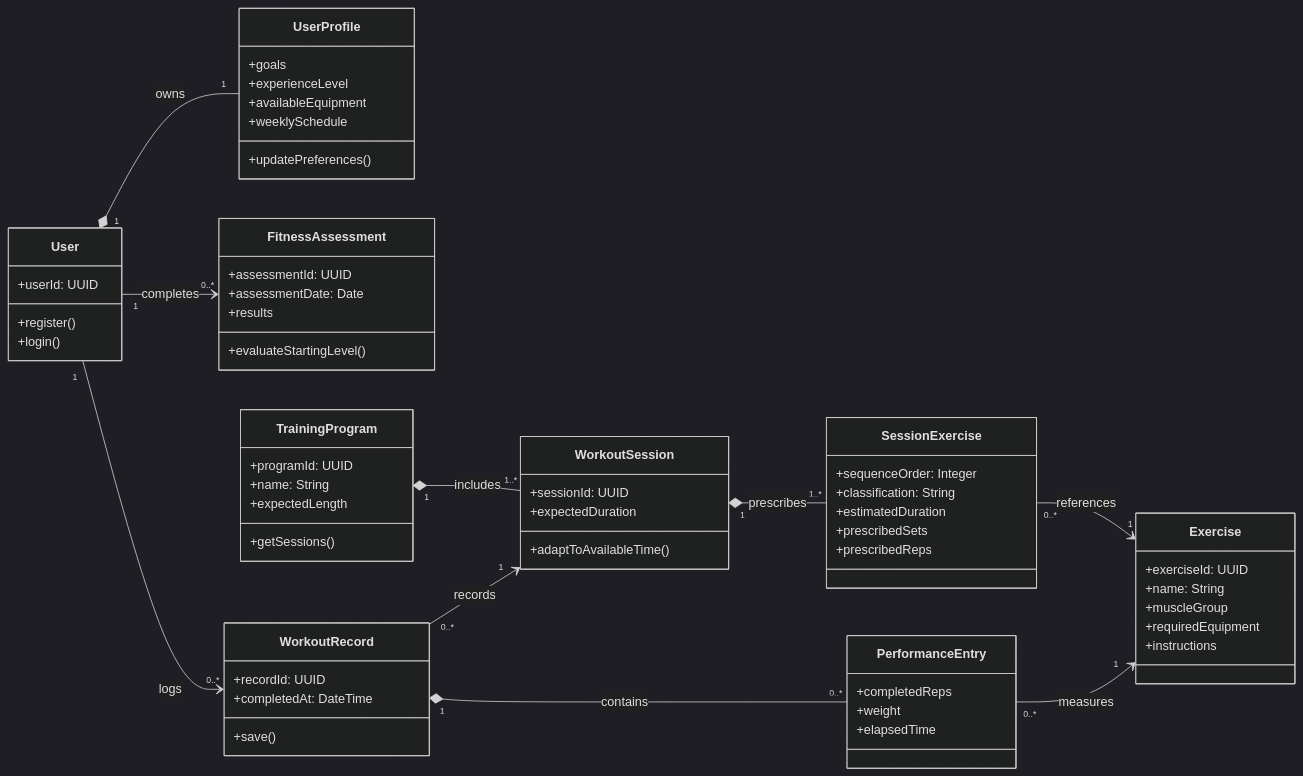
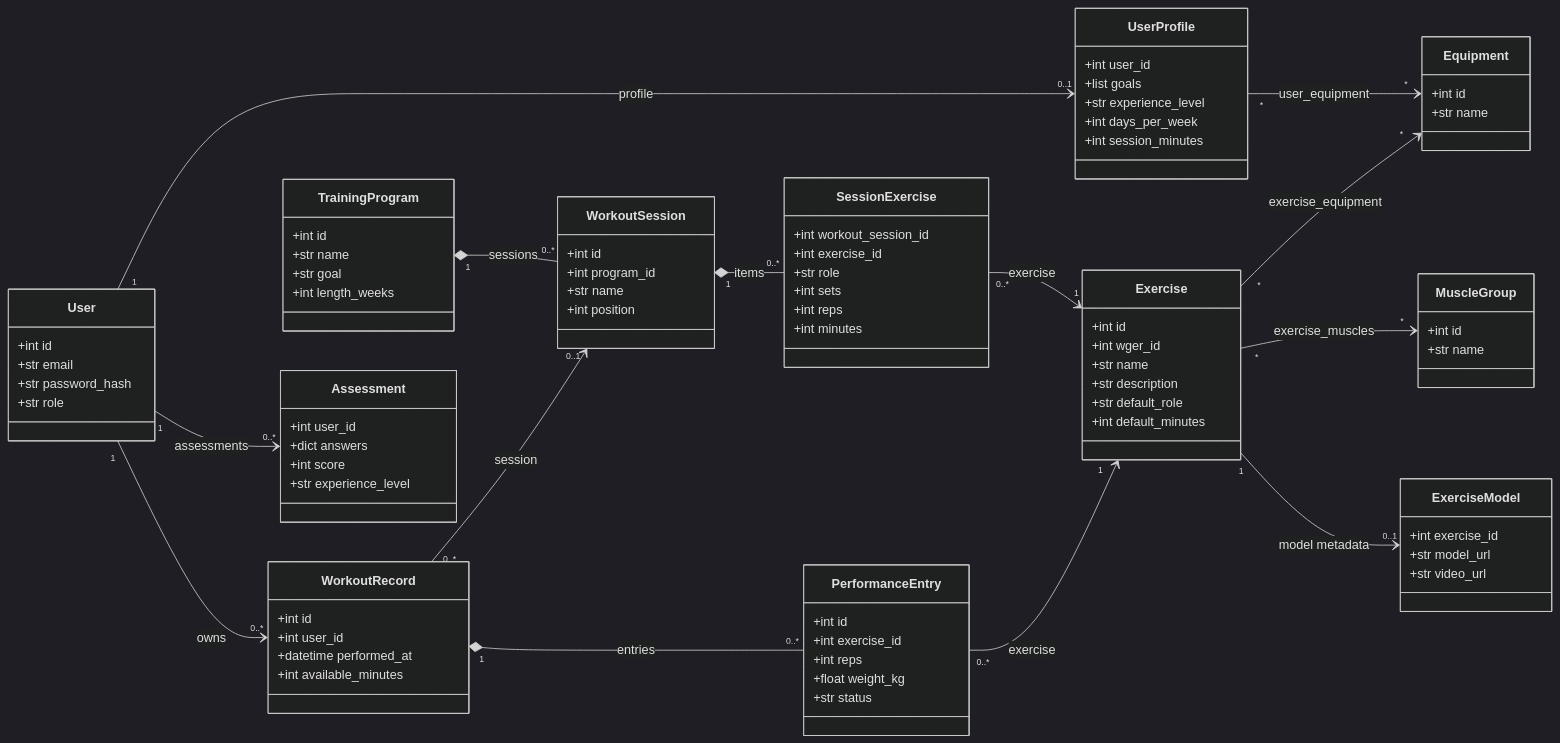
The first of 7 diagrams in milestones/m2/high-lvl-uml.md (SFSU-CSC648-TeamOne/SFSU-csc648-06-Fall26-team01), drawn with Mermaid (dark theme) before and after one commit. The commit also changed other lines of this file and 1 other file, not shown here.

Commit message:
Updated archtecture and high-lvl-uml to reflect recent changes to repo.

````diff
--- a/milestones/m2/high-lvl-uml.md
+++ b/milestones/m2/high-lvl-uml.md
@@ -7,68 +13,90 @@
 ```mermaid
 classDiagram
     direction LR
-
     class User {
-        +userId: UUID
-        +register()
-        +login()
+        +int id
+        +str email
+        +str password_hash
+        +str role
     }
     class UserProfile {
-        +goals
-        +experienceLevel
-        +availableEquipment
-        +weeklySchedule
-        +updatePreferences()
+        +int user_id
+        +list goals
+        +str experience_level
+        +int days_per_week
+        +int session_minutes
     }
-    class FitnessAssessment {
-        +assessmentId: UUID
-        +assessmentDate: Date
-        +results
-        +evaluateStartingLevel()
+    class Assessment {
+        +int user_id
+        +dict answers
+        +int score
+        +str experience_level
     }
     class TrainingProgram {
-        +programId: UUID
-        +name: String
-        +expectedLength
-        +getSessions()
+        +int id
+        +str name
+        +str goal
+        +int length_weeks
     }
     class WorkoutSession {
-        +sessionId: UUID
-        +expectedDuration
-        +adaptToAvailableTime()
+        +int id
+        +int program_id
+        +str name
+        +int position
     }
     class SessionExercise {
-        +sequenceOrder: Integer
-        +classification: String
-        +estimatedDuration
-        +prescribedSets
-        +prescribedReps
+        +int workout_session_id
+        +int exercise_id
+        +str role
+        +int sets
+        +int reps
+        +int minutes
     }
     class Exercise {
-        +exerciseId: UUID
-        +name: String
-        +muscleGroup
-        +requiredEquipment
-        +instructions
+        +int id
+        +int wger_id
+        +str name
+        +str description
+        +str default_role
+        +int default_minutes
+    }
+    class Equipment {
+        +int id
+        +str name
+    }
+    class MuscleGroup {
+        +int id
+        +str name
     }
     class WorkoutRecord {
-        +recordId: UUID
-        +completedAt: DateTime
-        +save()
+        +int id
+        +int user_id
+        +datetime performed_at
+        +int available_minutes
     }
     class PerformanceEntry {
-        +completedReps
-        +weight
-        +elapsedTime
+        +int id
+        +int exercise_id
+        +int reps
+        +float weight_kg
+        +str status
     }
-
-    User "1" *-- "1" UserProfile : owns
-    User "1" --> "0..*" FitnessAssessment : completes
-    User "1" --> "0..*" WorkoutRecord : logs
-    TrainingProgram "1" *-- "1..*" WorkoutSession : includes
-    WorkoutSession "1" *-- "1..*" SessionExercise : prescribes
-    SessionExercise "0..*" --> "1" Exercise : references
-    WorkoutRecord "0..*" --> "1" WorkoutSession : records
-    WorkoutRecord "1" *-- "0..*" PerformanceEntry : contains
-    PerformanceEntry "0..*" --> "1" Exercise : measures
+    class ExerciseModel {
+        +int exercise_id
+        +str model_url
+        +str video_url
+    }
+    User "1" --> "0..1" UserProfile : profile
+    User "1" --> "0..*" Assessment : assessments
+    User "1" --> "0..*" WorkoutRecord : owns
+    TrainingProgram "1" *-- "0..*" WorkoutSession : sessions
+    WorkoutSession "1" *-- "0..*" SessionExercise : items
+    SessionExercise "0..*" --> "1" Exercise : exercise
+    Exercise "*" --> "*" Equipment : exercise_equipment
+    Exercise "*" --> "*" MuscleGroup : exercise_muscles
+    UserProfile "*" --> "*" Equipment : user_equipment
+    WorkoutRecord "0..*" --> "0..1" WorkoutSession : session
+    WorkoutRecord "1" *-- "0..*" PerformanceEntry : entries
+    PerformanceEntry "0..*" --> "1" Exercise : exercise
+    Exercise "1" --> "0..1" ExerciseModel : model metadata
 ```
````
